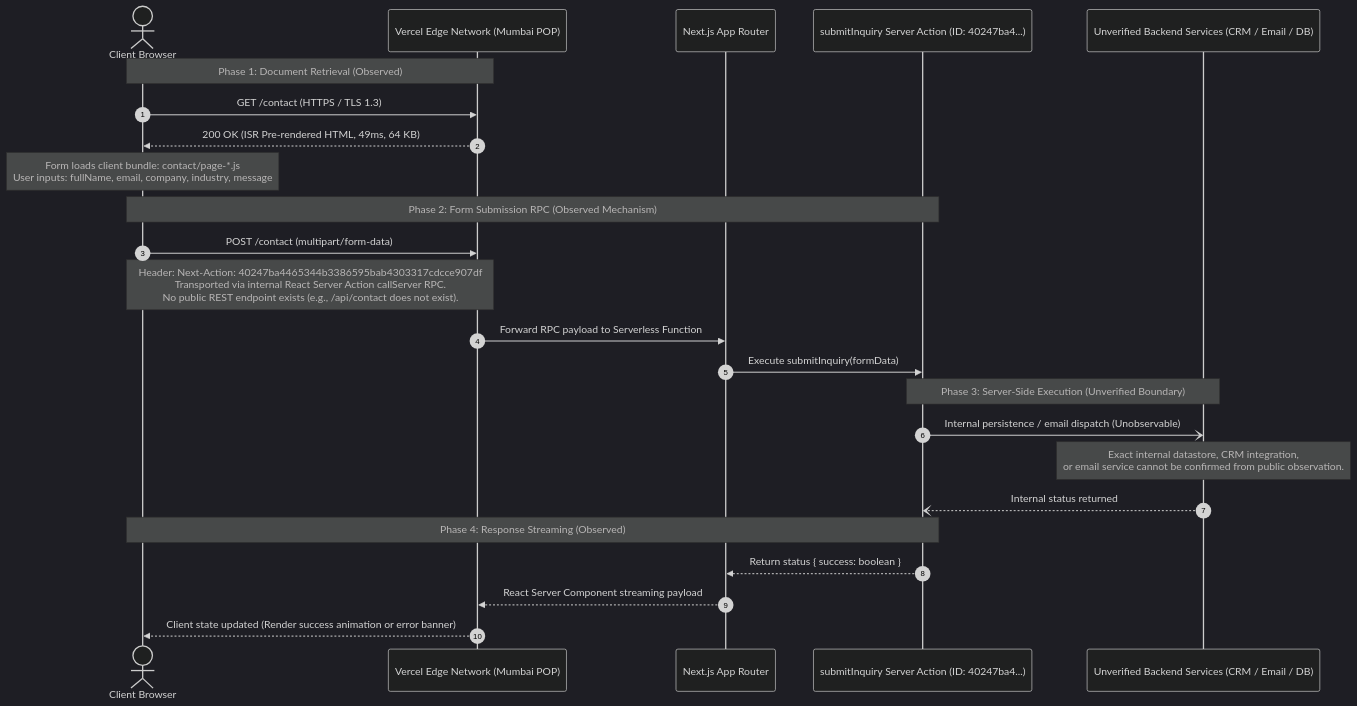
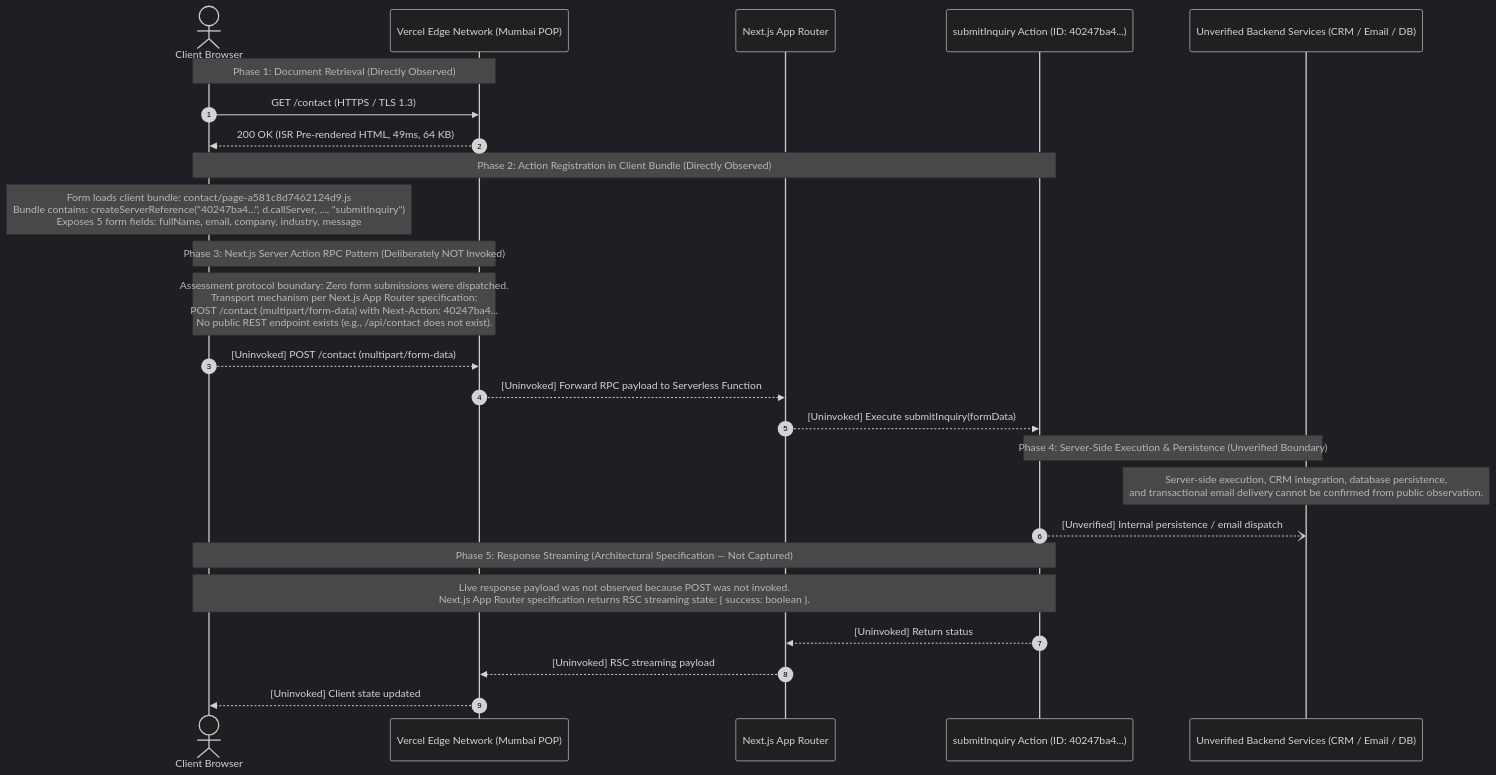
The diagram in diagrams/observed-request-flow.mmd (SOULShri/cynbit-backend-audit), drawn with Mermaid (dark theme) before and after one commit. The commit also changed 12 other files, not shown here.

Commit message:
fix: evidence accuracy, Redis cache adapters, diagram consistency, and mobile UX

```diff
--- a/diagrams/observed-request-flow.mmd
+++ b/diagrams/observed-request-flow.mmd
@@ -1,32 +1,34 @@
 %% title: Observed Request Flow — Cynbit Contact Form Workflow
-%% description: Visualizes the empirical interaction flow captured via passive network telemetry and client bundle analysis of cynbit.in. Server-side processing beyond the Server Action entrypoint was unobservable and is explicitly marked as unverified.
+%% description: Visualizes the empirical interaction flow captured via passive network telemetry and client bundle analysis of cynbit.in. Server Action registration was observed in client JS; form submission was deliberately NOT invoked to respect testing boundaries.
 
 sequenceDiagram
     autonumber
 
     actor User as Client Browser
     participant Edge as Vercel Edge Network (Mumbai POP)
     participant NextApp as Next.js App Router
-    participant Action as submitInquiry Server Action (ID: 40247ba4...)
+    participant Action as submitInquiry Action (ID: 40247ba4...)
     participant Backend as Unverified Backend Services (CRM / Email / DB)
 
-    Note over User,Edge: Phase 1: Document Retrieval (Observed)
+    Note over User,Edge: Phase 1: Document Retrieval (Directly Observed)
     User->>Edge: GET /contact (HTTPS / TLS 1.3)
     Edge-->>User: 200 OK (ISR Pre-rendered HTML, 49ms, 64 KB)
-    Note over User: Form loads client bundle: contact/page-*.js<br/>User inputs: fullName, email, company, industry, message
 
-    Note over User,Action: Phase 2: Form Submission RPC (Observed Mechanism)
-    User->>Edge: POST /contact (multipart/form-data)
-    Note over User,Edge: Header: Next-Action: 40247ba4465344b3386595bab4303317cdcce907df<br/>Transported via internal React Server Action callServer RPC.<br/>No public REST endpoint exists (e.g., /api/contact does not exist).
-    Edge->>NextApp: Forward RPC payload to Serverless Function
-    NextApp->>Action: Execute submitInquiry(formData)
+    Note over User,Action: Phase 2: Action Registration in Client Bundle (Directly Observed)
+    Note over User: Form loads client bundle: contact/page-a581c8d7462124d9.js<br/>Bundle contains: createServerReference("40247ba4...", d.callServer, ..., "submitInquiry")<br/>Exposes 5 form fields: fullName, email, company, industry, message
 
-    Note over Action,Backend: Phase 3: Server-Side Execution (Unverified Boundary)
-    Action-)Backend: Internal persistence / email dispatch (Unobservable)
-    Note over Backend: Exact internal datastore, CRM integration,<br/>or email service cannot be confirmed from public observation.
-    Backend--)Action: Internal status returned
+    Note over User,Edge: Phase 3: Next.js Server Action RPC Pattern (Deliberately NOT Invoked)
+    Note over User,Edge: Assessment protocol boundary: Zero form submissions were dispatched.<br/>Transport mechanism per Next.js App Router specification:<br/>POST /contact (multipart/form-data) with Next-Action: 40247ba4...<br/>No public REST endpoint exists (e.g., /api/contact does not exist).
+    User-->>Edge: [Uninvoked] POST /contact (multipart/form-data)
+    Edge-->>NextApp: [Uninvoked] Forward RPC payload to Serverless Function
+    NextApp-->>Action: [Uninvoked] Execute submitInquiry(formData)
 
-    Note over Action,User: Phase 4: Response Streaming (Observed)
-    Action-->>NextApp: Return status { success: boolean }
-    NextApp-->>Edge: React Server Component streaming payload
-    Edge-->>User: Client state updated (Render success animation or error banner)
+    Note over Action,Backend: Phase 4: Server-Side Execution & Persistence (Unverified Boundary)
+    Note over Backend: Server-side execution, CRM integration, database persistence,<br/>and transactional email delivery cannot be confirmed from public observation.
+    Action--)Backend: [Unverified] Internal persistence / email dispatch
+
+    Note over Action,User: Phase 5: Response Streaming (Architectural Specification — Not Captured)
+    Note over Action,User: Live response payload was not observed because POST was not invoked.<br/>Next.js App Router specification returns RSC streaming state: { success: boolean }.
+    Action-->>NextApp: [Uninvoked] Return status
+    NextApp-->>Edge: [Uninvoked] RSC streaming payload
+    Edge-->>User: [Uninvoked] Client state updated
```
